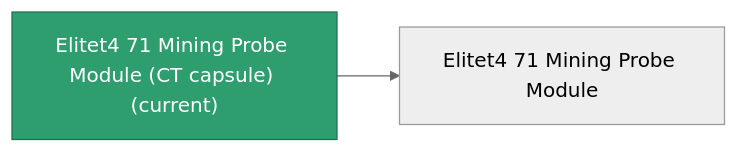
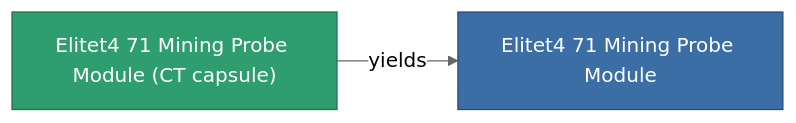
One commit to OpenPerpetuum/Wiki changed the diagram in content/content/items/elitet4_71_mining_probe_module_CT_capsule.md. Above: the diagram before and after it, drawn with Mermaid (neutral theme). The commit also changed other lines of this file and 2015 other files, not shown here.

````diff
--- a/content/content/items/elitet4_71_mining_probe_module_CT_capsule.md
+++ b/content/content/items/elitet4_71_mining_probe_module_CT_capsule.md
@@ -33,8 +33,9 @@
 ```mermaid
 graph LR
-    a["Elitet4 71 Mining Probe Module (CT capsule) (current)"]:::current
-    b["Elitet4 71 Mining Probe Module"]
-    a --> b
-    click b "/content/items/elitet4-71-mining-probe-module/" "Elitet4 71 Mining Probe Module"
+    a["Elitet4 71 Mining Probe Module (CT capsule)"]:::current
+    b["Elitet4 71 Mining Probe Module"]:::finished
+    a -->|yields| b
+                click b "/content/items/elitet4-71-mining-probe-module/" "Elitet4 71 Mining Probe Module"
     classDef current fill:#2f9e6f,stroke:#1f6f4a,color:#ffffff
+    classDef finished fill:#3b6ea5,stroke:#274a75,color:#ffffff
 ```
````
